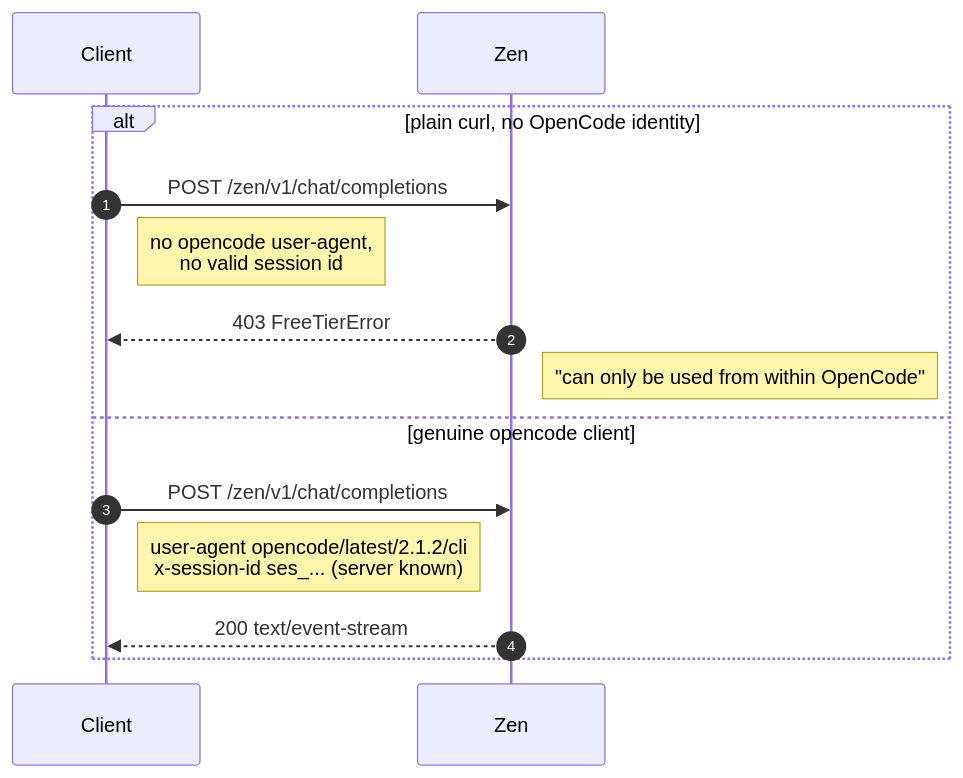
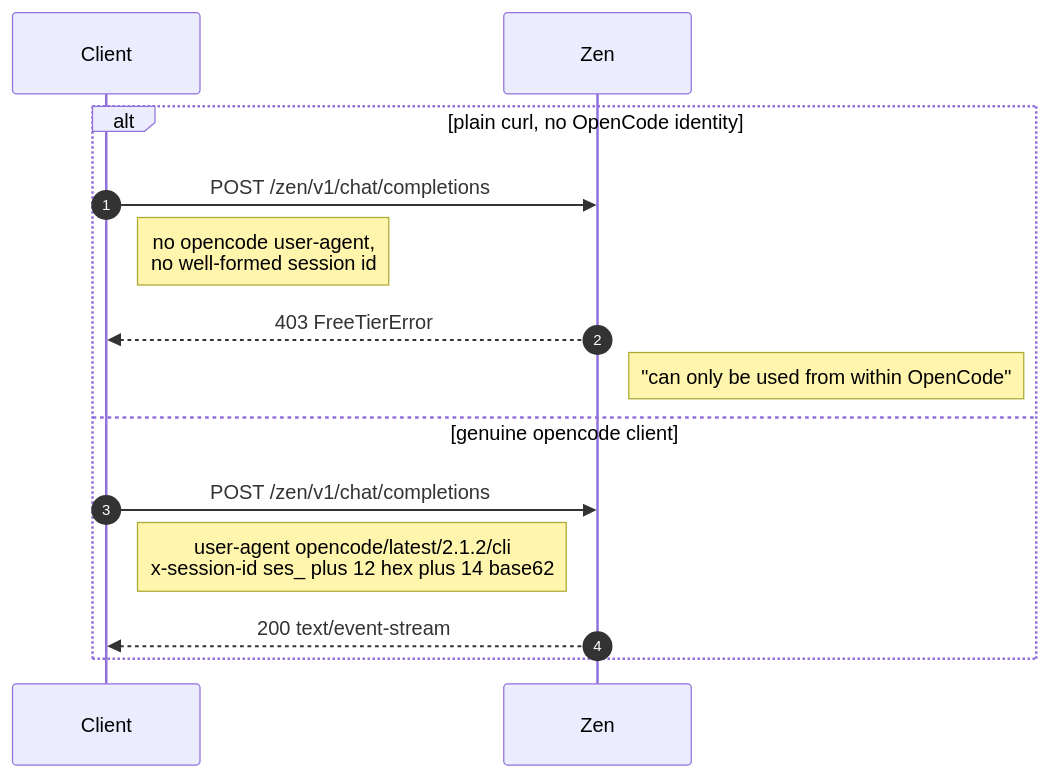
One commit to jyasuu/simple-proxy changed the third of 7 diagrams in OPENCODE_API_RESEARCH.md. Above: the diagram before and after it, drawn with Mermaid. The commit also changed other lines of this file, not shown here.

Commit message:
docs: correct the session-id finding, document client-side id generation

````diff
--- a/OPENCODE_API_RESEARCH.md
+++ b/OPENCODE_API_RESEARCH.md
@@ -337,17 +429,17 @@
 ```mermaid
 sequenceDiagram
     autonumber
     participant C as Client
     participant Z as Zen
 
     alt plain curl, no OpenCode identity
         C->>Z: POST /zen/v1/chat/completions
-        Note right of C: no opencode user-agent,<br/>no valid session id
+        Note right of C: no opencode user-agent,<br/>no well-formed session id
         Z-->>C: 403 FreeTierError
         Note right of Z: "can only be used from within OpenCode"
     else genuine opencode client
         C->>Z: POST /zen/v1/chat/completions
-        Note right of C: user-agent opencode/latest/2.1.2/cli<br/>x-session-id ses_... (server known)
+        Note right of C: user-agent opencode/latest/2.1.2/cli<br/>x-session-id ses_ plus 12 hex plus 14 base62
         Z-->>C: 200 text/event-stream
     end
 ```
````
